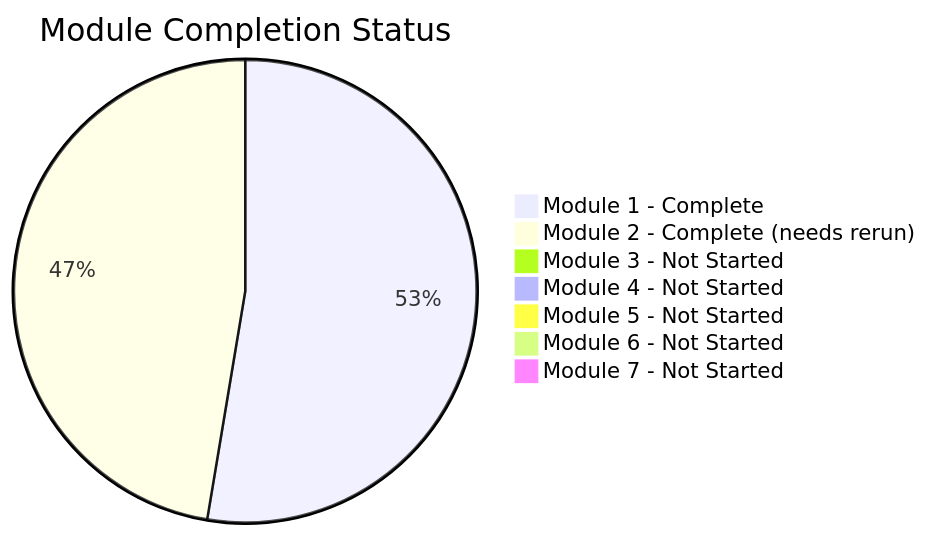
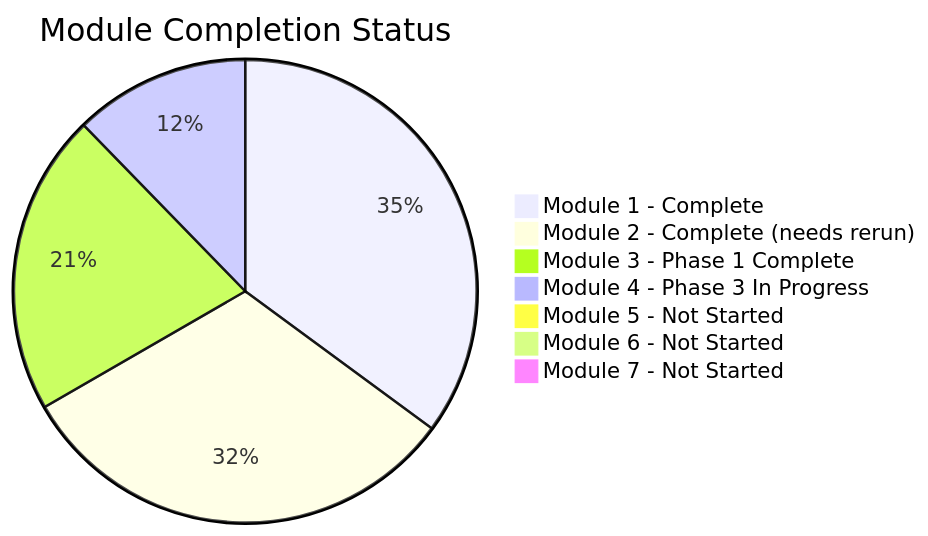
The second of 3 diagrams in docs/progress.md (moinhs1/extracting-features), drawn with Mermaid before and after one commit. The commit also changed other lines of this file and 2 other files, not shown here.

First line of the commit message:
docs(module4): update documentation for Phase 3 RxNorm mapping

````diff
--- a/docs/progress.md
+++ b/docs/progress.md
@@ -45,10 +51,10 @@
 ```mermaid
 pie title Module Completion Status
     "Module 1 - Complete" : 100
     "Module 2 - Complete (needs rerun)" : 90
-    "Module 3 - Not Started" : 0
-    "Module 4 - Not Started" : 0
+    "Module 3 - Phase 1 Complete" : 60
+    "Module 4 - Phase 3 In Progress" : 35
     "Module 5 - Not Started" : 0
     "Module 6 - Not Started" : 0
     "Module 7 - Not Started" : 0
 ```
````
